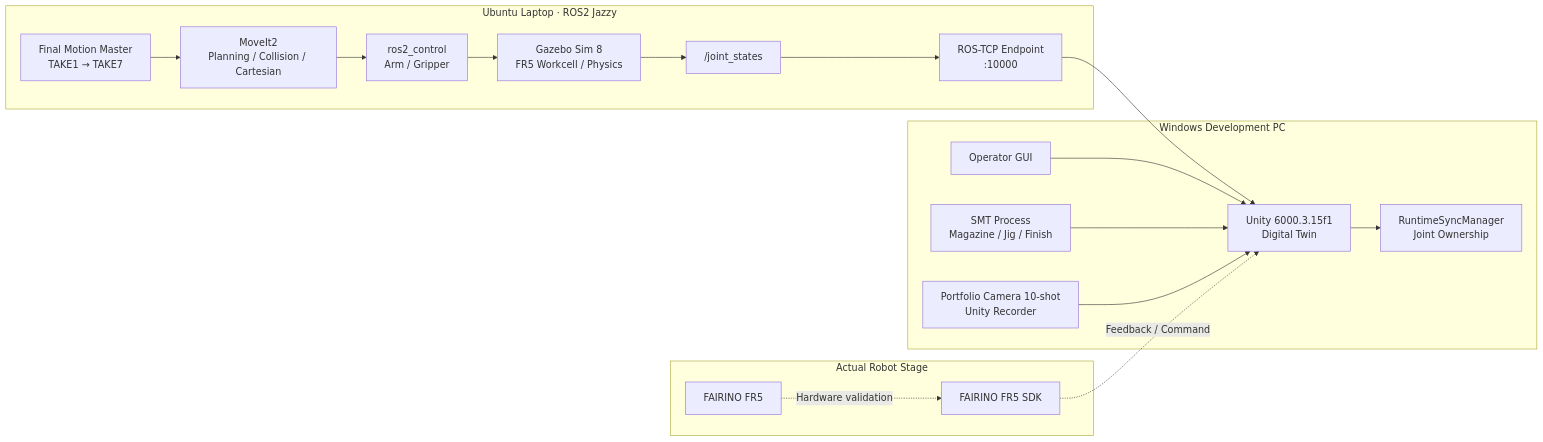
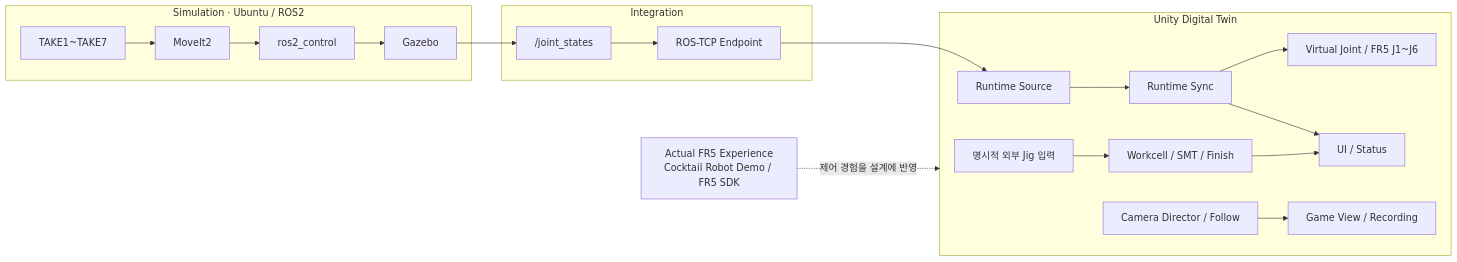
The first of 2 diagrams in README.md (seongyeop-dev/fr5-unity-digital-twin), drawn with Mermaid before and after one commit. The commit also changed other lines of this file and 49 other files, not shown here.

Commit message:
portfolio: finalize FR5 digital twin implementation

````diff
--- a/README.md
+++ b/README.md
@@ -68,38 +50,23 @@
 ```mermaid
 flowchart LR
-    subgraph LAPTOP["Ubuntu Laptop · ROS2 Jazzy"]
-        GZ["Gazebo Sim 8<br/>FR5 Workcell / Physics"]
-        CTRL["ros2_control<br/>Arm / Gripper"]
-        MV["MoveIt2<br/>Planning / Collision / Cartesian"]
-        JS["/joint_states"]
-        TCP["ROS-TCP Endpoint<br/>:10000"]
-        MASTER["Final Motion Master<br/>TAKE1 → TAKE7"]
+    EXP["Actual FR5 Experience<br/>Cocktail Robot Demo / FR5 SDK"]
+    subgraph SIM["Simulation · Ubuntu / ROS2"]
+        TAKE["TAKE1~TAKE7"] --> MV["MoveIt2"]
+        MV --> CTRL["ros2_control"]
+        CTRL --> GZ["Gazebo"]
     end
-
-    subgraph WIN["Windows Development PC"]
-        UNITY["Unity 6000.3.15f1<br/>Digital Twin"]
-        SYNC["RuntimeSyncManager<br/>Joint Ownership"]
-        GUI["Operator GUI"]
-        PROC["SMT Process<br/>Magazine / Jig / Finish"]
-        CAM["Portfolio Camera 10-shot<br/>Unity Recorder"]
+    subgraph INT["Integration"]
+        JS["/joint_states"] --> TCP["ROS-TCP Endpoint"]
     end
-
-    subgraph HW["Actual Robot Stage"]
-        SDK["FAIRINO FR5 SDK"]
-        ROBOT["FAIRINO FR5"]
+    subgraph UNITY["Unity Digital Twin"]
+        SRC["Runtime Source"] --> SYNC["Runtime Sync"]
+        SYNC --> J["Virtual Joint / FR5 J1~J6"]
+        IN["명시적 외부 Jig 입력"] --> WC["Workcell / SMT / Finish"]
+        SYNC --> UI["UI / Status"]
+        WC --> UI
+        CAM["Camera Director / Follow"] --> VIEW["Game View / Recording"]
     end
-
-    MASTER --> MV
-    MV --> CTRL
-    CTRL --> GZ
+    EXP -. "제어 경험을 설계에 반영" .-> UNITY
     GZ --> JS
-    JS --> TCP
-    TCP --> UNITY
-    UNITY --> SYNC
-    GUI --> UNITY
-    PROC --> UNITY
-    CAM --> UNITY
-
-    ROBOT -. Hardware validation .-> SDK
-    SDK -. Feedback / Command .-> UNITY
+    TCP --> SRC
 ```
````
